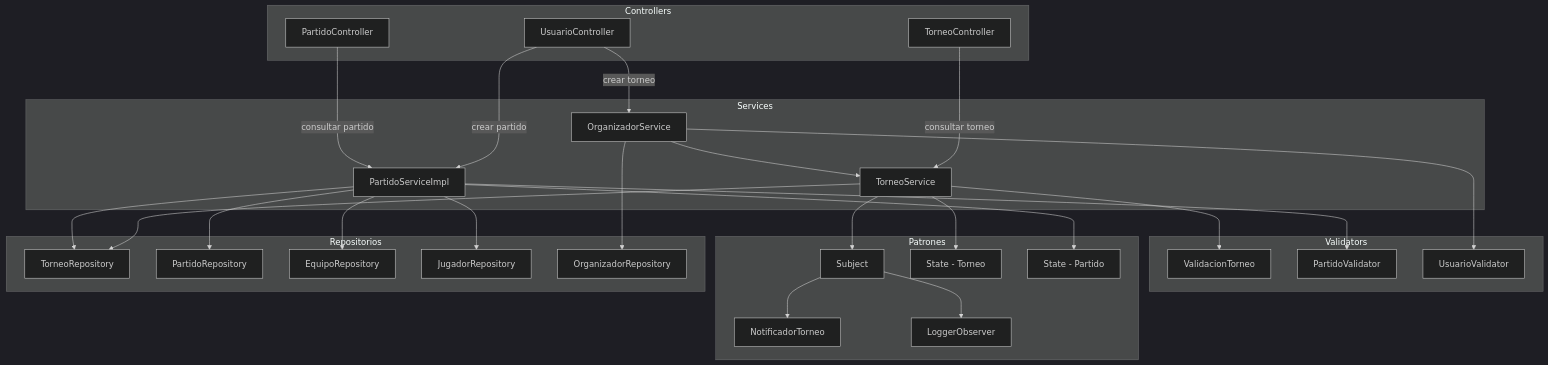
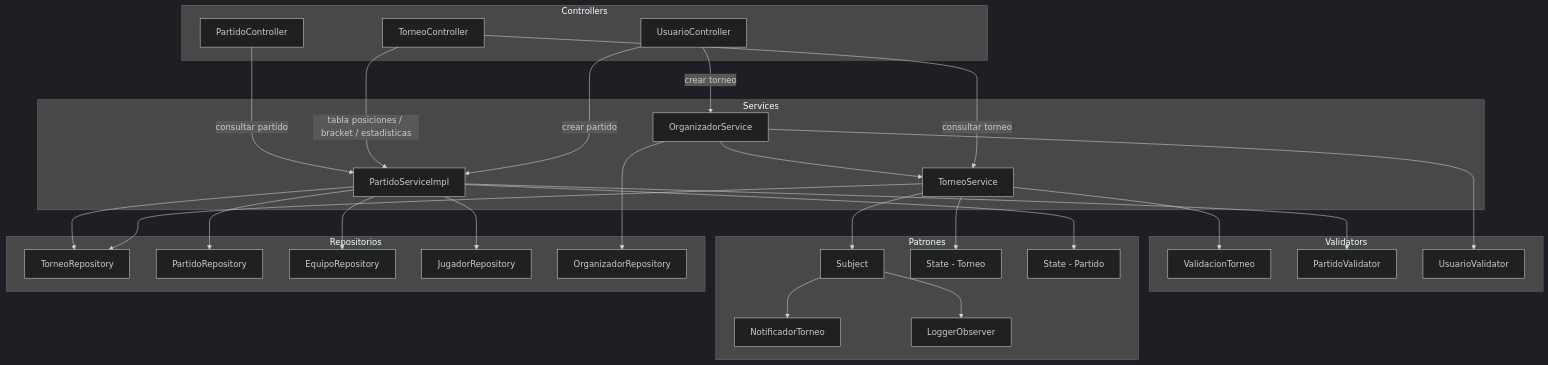
One commit to nglsz006/SFC_techcup-futbol changed the diagram in docs/uml/componentes/componentes-torneo-partido.md. Above: the diagram before and after it, drawn with Mermaid (dark theme). The commit also changed other lines of this file and 22 other files, not shown here.

Commit message:
docs: arreglar diagramas final

````diff
--- a/docs/uml/componentes/componentes-torneo-partido.md
+++ b/docs/uml/componentes/componentes-torneo-partido.md
@@ -9,56 +11,57 @@
 ```mermaid
 graph TD
     subgraph Controllers["Controllers"]
         UC[UsuarioController]
         TC[TorneoController]
         PC[PartidoController]
     end
 
     subgraph Services["Services"]
         OS[OrganizadorService]
         TS[TorneoService]
         PS[PartidoServiceImpl]
     end
 
     subgraph Validators["Validators"]
         TV[ValidacionTorneo]
         PV[PartidoValidator]
         UV[UsuarioValidator]
     end
 
     subgraph Patterns["Patrones"]
         SUB[Subject]
         NT[NotificadorTorneo]
         LO[LoggerObserver]
         ST[State - Torneo]
         SP[State - Partido]
     end
 
     subgraph Repos["Repositorios"]
         TR[TorneoRepository]
         PR[PartidoRepository]
         ER[EquipoRepository]
         JR[JugadorRepository]
         OR[OrganizadorRepository]
     end
 
     UC -->|crear torneo| OS
     UC -->|crear partido| PS
     TC -->|consultar torneo| TS
+    TC -->|tabla posiciones / bracket / estadisticas| PS
     PC -->|consultar partido| PS
     OS --> OR
     OS --> TS
     OS --> UV
     TS --> TR
     TS --> TV
     TS --> SUB
     TS --> ST
     SUB --> NT
     SUB --> LO
     PS --> PR
     PS --> TR
     PS --> ER
     PS --> JR
     PS --> PV
     PS --> SP
 ```
````
